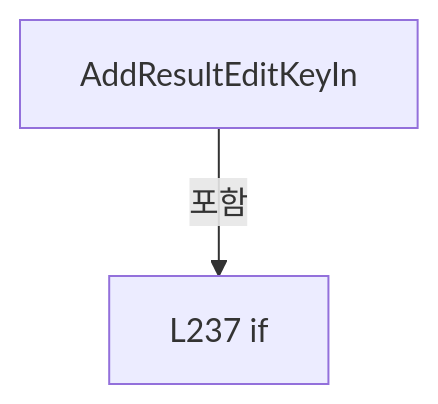
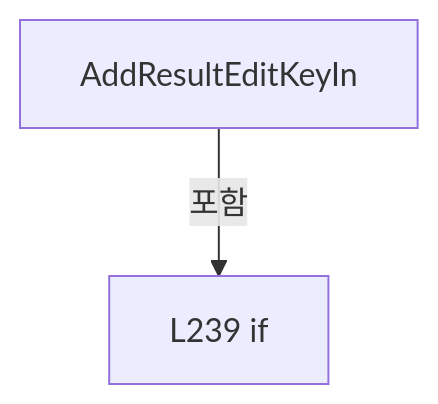
One commit to kjuws10-rgb/Shared changed the tenth of 24 diagrams in A3 LD Code Ref/files/Drilling.UI/Menu/Menus/CMenuCorrection.ReviewData.Edit.cs.md. Above: the diagram before and after it, drawn with Mermaid. The commit also changed other lines of this file and 2071 other files, not shown here.

Commit message:
docs(a3): update 11.19.0 architecture and code reference

````diff
--- a/A3 LD Code Ref/files/Drilling.UI/Menu/Menus/CMenuCorrection.ReviewData.Edit.cs.md
+++ b/A3 LD Code Ref/files/Drilling.UI/Menu/Menus/CMenuCorrection.ReviewData.Edit.cs.md
@@ -2260,6 +2318,6 @@
 ```mermaid
 flowchart TD
  M["AddResultEditKeyIn"]
- N0["L237 if"]
+ N0["L239 if"]
  M -->|포함| N0
 ```
````
